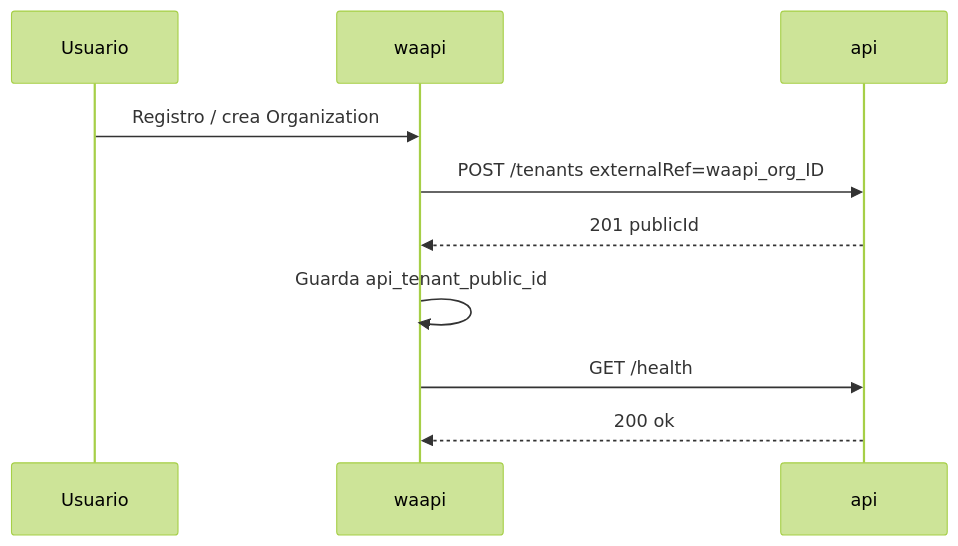
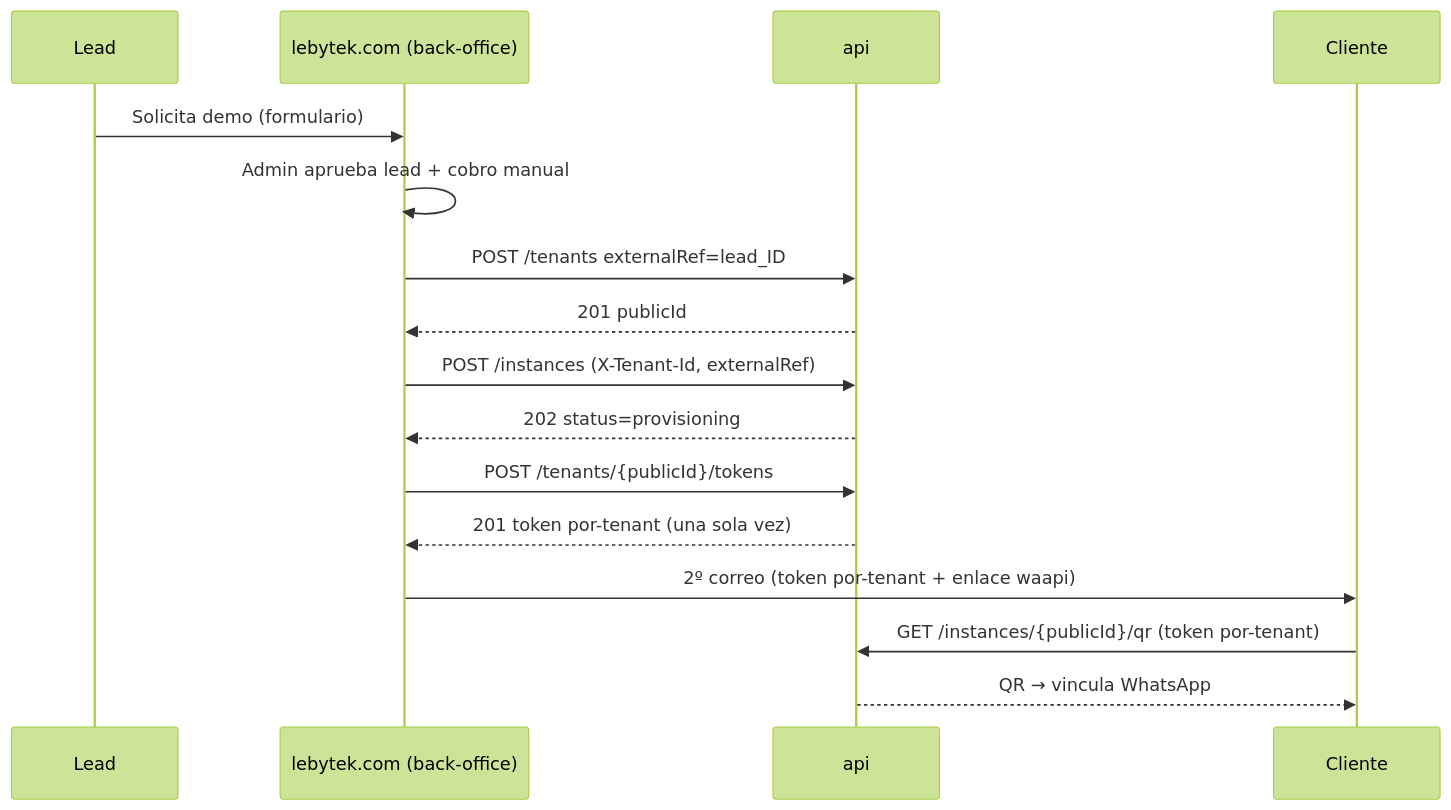
One commit to Parzival2103/WhatsApiLebytek changed the diagram in docs/integration/waapi-api-contract.md. Above: the diagram before and after it, drawn with Mermaid (forest theme). The commit also changed other lines of this file, not shown here.

First line of the commit message:
docs: align waapi contract with lebytek.com back-office + two-token model

````diff
--- a/docs/integration/waapi-api-contract.md
+++ b/docs/integration/waapi-api-contract.md
@@ -220,13 +281,19 @@
 ```mermaid
 sequenceDiagram
-    participant User as Usuario
-    participant W as waapi
+    participant Lead as Lead
+    participant L as lebytek.com (back-office)
     participant A as api
+    participant C as Cliente
 
-    User->>W: Registro / crea Organization
-    W->>A: POST /tenants externalRef=waapi_org_ID
-    A-->>W: 201 publicId
-    W->>W: Guarda api_tenant_public_id
-    W->>A: GET /health
-    A-->>W: 200 ok
+    Lead->>L: Solicita demo (formulario)
+    L->>L: Admin aprueba lead + cobro manual
+    L->>A: POST /tenants externalRef=lead_ID
+    A-->>L: 201 publicId
+    L->>A: POST /instances (X-Tenant-Id, externalRef)
+    A-->>L: 202 status=provisioning
+    L->>A: POST /tenants/{publicId}/tokens
+    A-->>L: 201 token por-tenant (una sola vez)
+    L->>C: 2º correo (token por-tenant + enlace waapi)
+    C->>A: GET /instances/{publicId}/qr (token por-tenant)
+    A-->>C: QR → vincula WhatsApp
 ```
````
